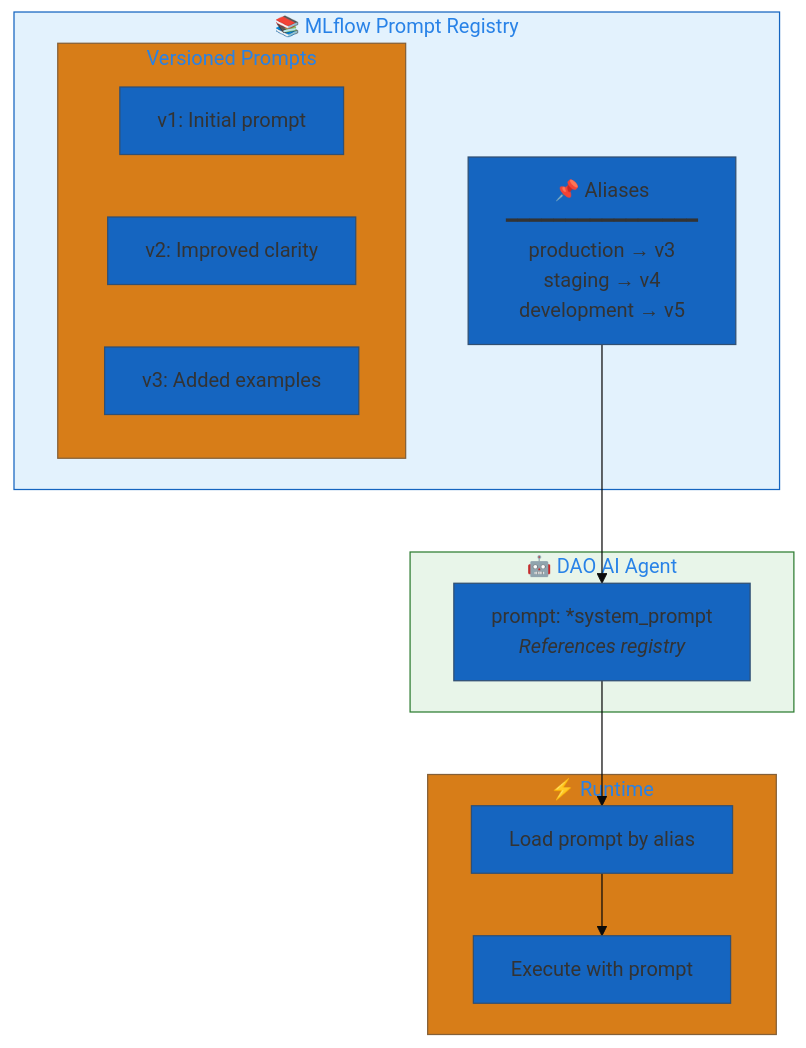
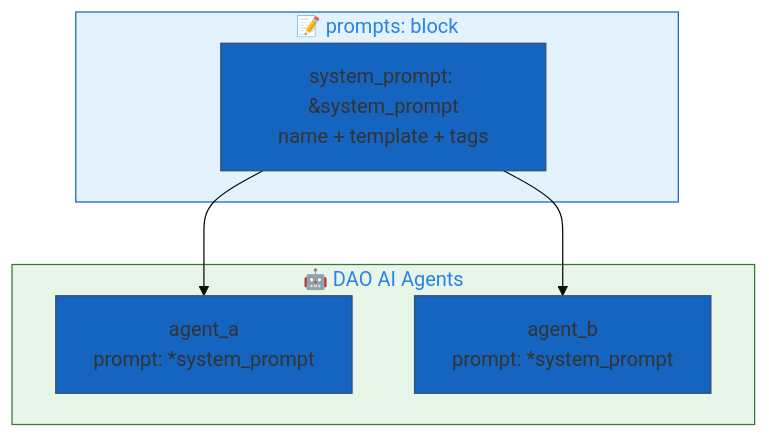
One commit to natefleming/retail-ai changed the diagram in config/examples/11_prompt_engineering/README.md. Above: the diagram before and after it, drawn with Mermaid. The commit also changed other lines of this file and 40 other files, not shown here.

````diff
--- a/config/examples/11_prompt_engineering/README.md
+++ b/config/examples/11_prompt_engineering/README.md
@@ -9,29 +11,18 @@
 ```mermaid
 %%{init: {'theme': 'base', 'themeVariables': { 'primaryColor': '#1565c0'}}}%%
 flowchart TB
-    subgraph Registry["📚 MLflow Prompt Registry"]
-        subgraph Prompts["Versioned Prompts"]
-            V1["v1: Initial prompt"]
-            V2["v2: Improved clarity"]
-            V3["v3: Added examples"]
-        end
-        
-        Alias["📌 Aliases<br/>━━━━━━━━━━━━━━━━<br/>production → v3<br/>staging → v4<br/>development → v5"]
+    subgraph Prompts["📝 prompts: block"]
+        P["system_prompt: &system_prompt<br/>name + template + tags"]
     end
 
-    subgraph Agent["🤖 DAO AI Agent"]
-        Ref["prompt: *system_prompt<br/><i>References registry</i>"]
+    subgraph Agents["🤖 DAO AI Agents"]
+        A1["agent_a<br/>prompt: *system_prompt"]
+        A2["agent_b<br/>prompt: *system_prompt"]
     end
 
-    subgraph Runtime["⚡ Runtime"]
-        Load["Load prompt by alias"]
-        Execute["Execute with prompt"]
-    end
+    P --> A1
+    P --> A2
 
-    Alias --> Ref
-    Ref --> Load
-    Load --> Execute
-
-    style Registry fill:#e3f2fd,stroke:#1565c0
-    style Agent fill:#e8f5e9,stroke:#2e7d32
+    style Prompts fill:#e3f2fd,stroke:#1565c0
+    style Agents fill:#e8f5e9,stroke:#2e7d32
 ```
````
